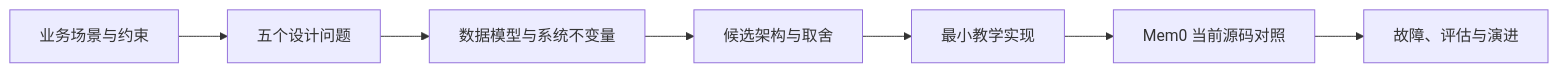
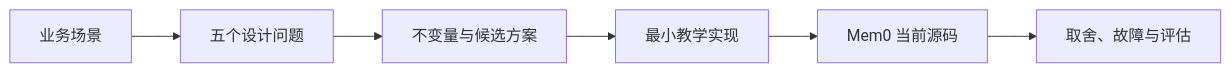
The first of 8 diagrams in docs/learning/mem0-memory-system-design.zh-CN.md (StevenLZM/mem0), drawn with Mermaid before and after one commit. The commit also changed other lines of this file, not shown here.

````diff
--- a/docs/learning/mem0-memory-system-design.zh-CN.md
+++ b/docs/learning/mem0-memory-system-design.zh-CN.md
@@ -23,9 +36,8 @@
 ```mermaid
 flowchart LR
-    A[业务场景与约束] --> B[五个设计问题]
-    B --> C[数据模型与系统不变量]
-    C --> D[候选架构与取舍]
-    D --> E[最小教学实现]
-    E --> F[Mem0 当前源码对照]
-    F --> G[故障、评估与演进]
+    A[业务场景] --> B[五个设计问题]
+    B --> C[不变量与候选方案]
+    C --> D[最小教学实现]
+    D --> E[Mem0 当前源码]
+    E --> F[取舍、故障与评估]
 ```
````
